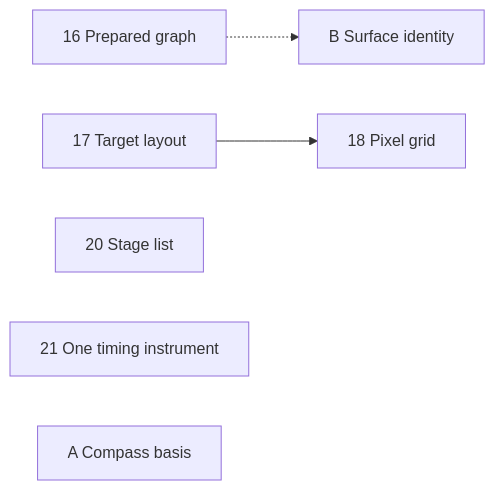
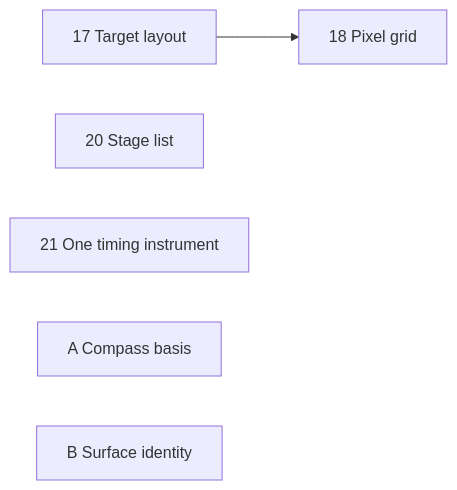
The diagram in design/plans/arch-review.md (jonjaques/inertialref), drawn with Mermaid before and after one commit. The commit also changed other lines of this file and 20 other files, not shown here.

First line of the commit message:
fix: a wet body's drainage graph is prepared off the draw thread (#127)

````diff
--- a/design/plans/arch-review.md
+++ b/design/plans/arch-review.md
@@ -71,9 +71,8 @@
 ```mermaid
 flowchart LR
-  P16[16 Prepared graph]
   P17[17 Target layout] --> P18[18 Pixel grid]
   P20[20 Stage list]
   P21[21 One timing instrument]
   A[A Compass basis]
-  P16 -.-> B[B Surface identity]
+  B[B Surface identity]
 ```
````
